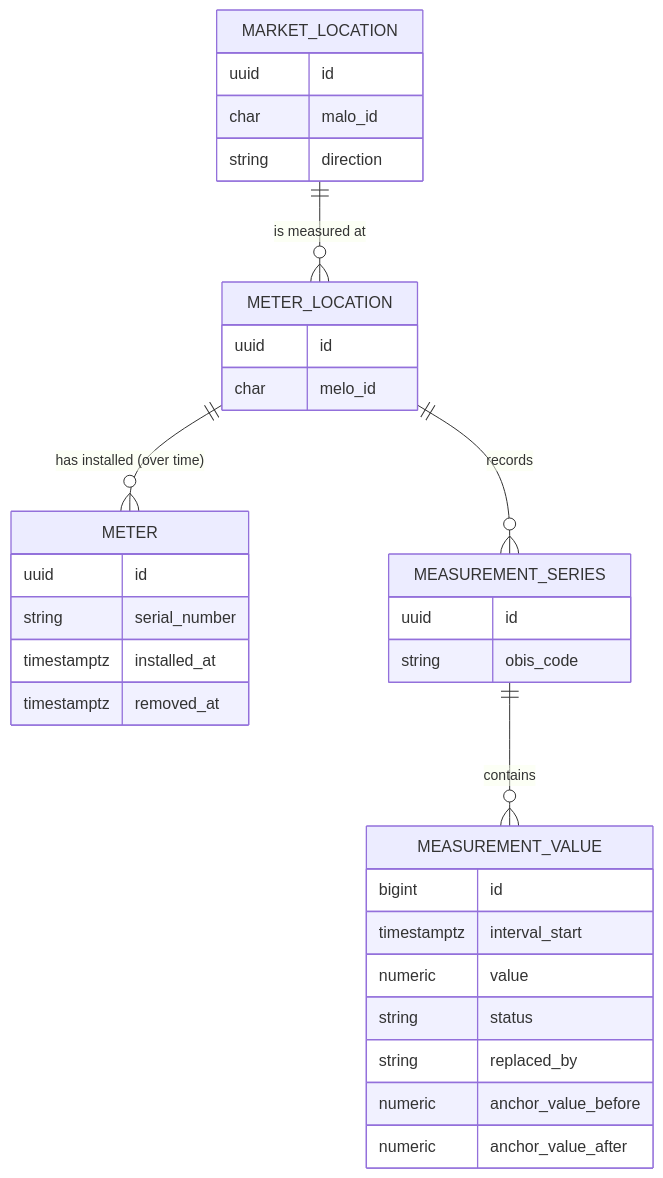
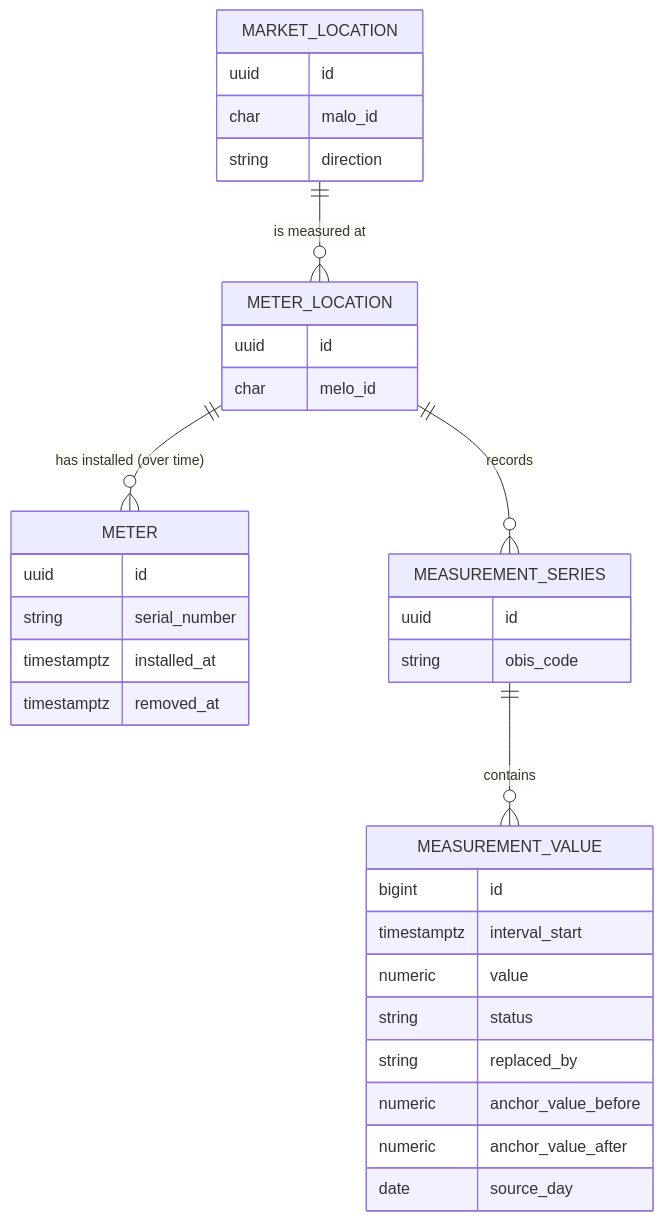
The second of 3 diagrams in README.md (hanan-raza/meter-data-service), drawn with Mermaid before and after one commit. The commit also changed other lines of this file and 19 other files, not shown here.

````diff
--- a/README.md
+++ b/README.md
@@ -53,35 +53,36 @@
 ```mermaid
 erDiagram
     MARKET_LOCATION ||--o{ METER_LOCATION : "is measured at"
     METER_LOCATION ||--o{ METER : "has installed (over time)"
     METER_LOCATION ||--o{ MEASUREMENT_SERIES : "records"
     MEASUREMENT_SERIES ||--o{ MEASUREMENT_VALUE : "contains"
     MARKET_LOCATION {
         uuid id
         char malo_id
         string direction
     }
     METER_LOCATION {
         uuid id
         char melo_id
     }
     METER {
         uuid id
         string serial_number
         timestamptz installed_at
         timestamptz removed_at
     }
     MEASUREMENT_SERIES {
         uuid id
         string obis_code
     }
     MEASUREMENT_VALUE {
         bigint id
         timestamptz interval_start
         numeric value
         string status
         string replaced_by
         numeric anchor_value_before
         numeric anchor_value_after
+        date source_day
     }
 ```
````
